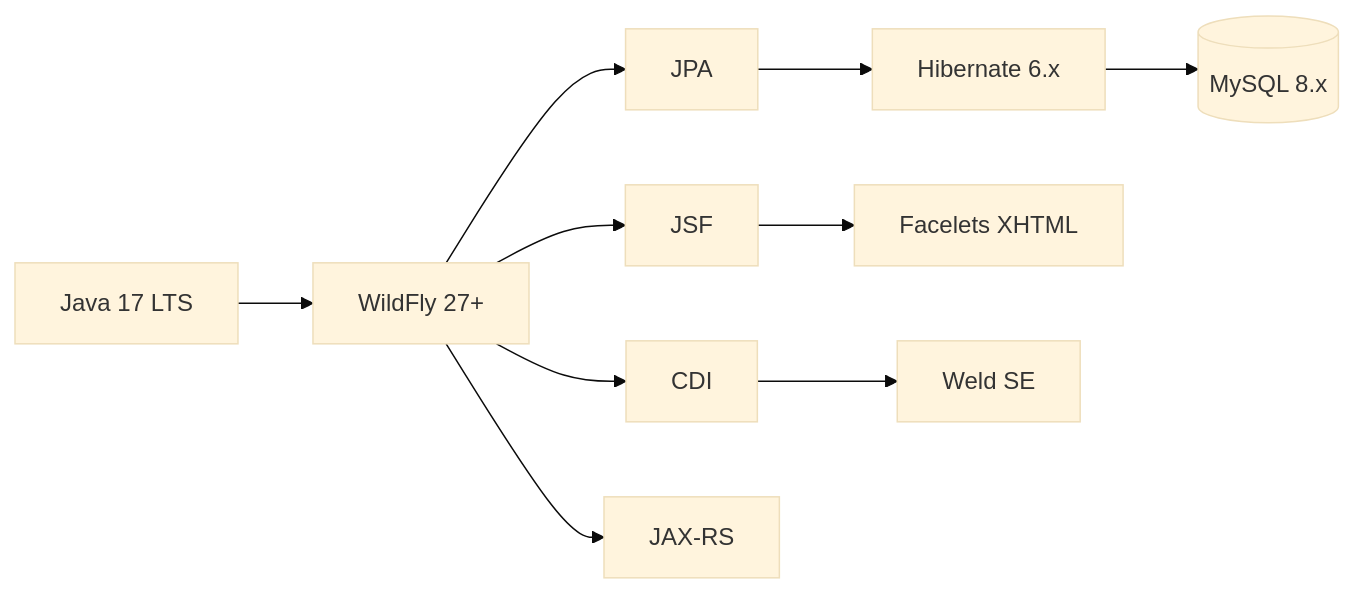
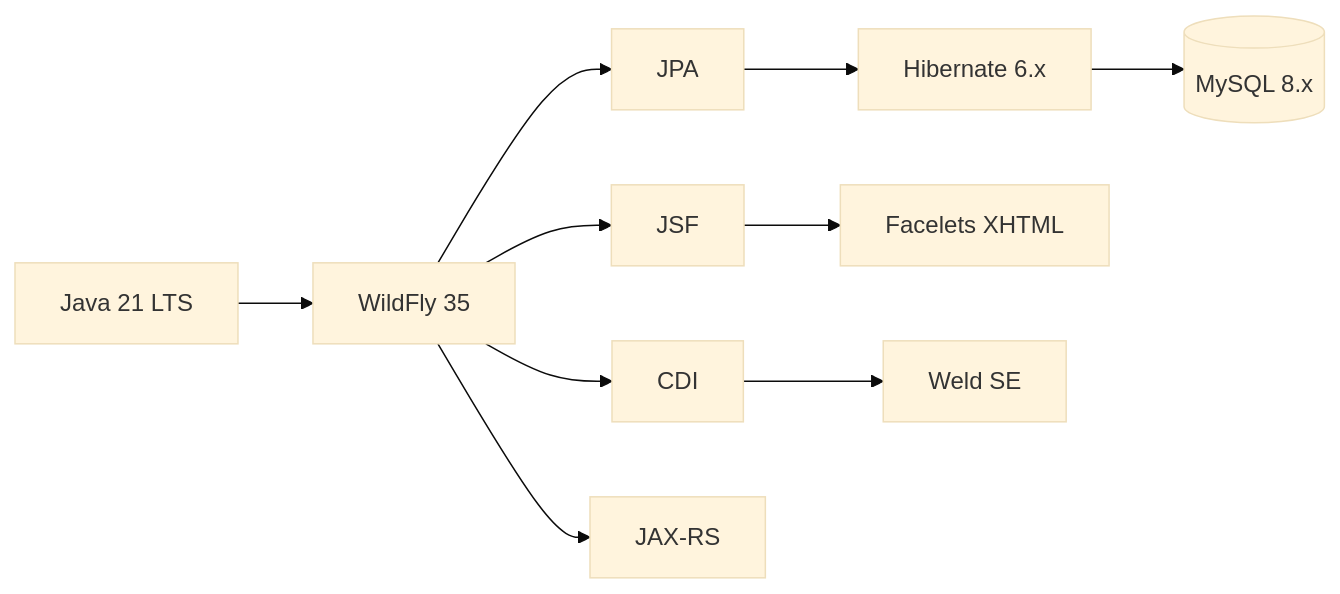
One commit to atalavera21/sistema-gestion-biblioteca changed the diagram in documentacion/3. stack-tecnologico.md. Above: the diagram before and after it, drawn with Mermaid (base theme). The commit also changed other lines of this file and 47 other files, not shown here.

````diff
--- a/documentacion/3. stack-tecnologico.md
+++ b/documentacion/3. stack-tecnologico.md
@@ -16,12 +16,12 @@
 ```mermaid
 graph LR
-    Java[Java 17 LTS] --> WildFly[WildFly 27+]
+    Java[Java 21 LTS] --> WildFly[WildFly 35]
     WildFly --> JSF
     WildFly --> CDI
     WildFly --> JPA
     WildFly --> JAXRS[JAX-RS]
     JPA --> Hibernate[Hibernate 6.x]
     Hibernate --> MySQL[(MySQL 8.x)]
     JSF --> Facelets[Facelets XHTML]
     CDI --> Weld[Weld SE]
 ```
````
